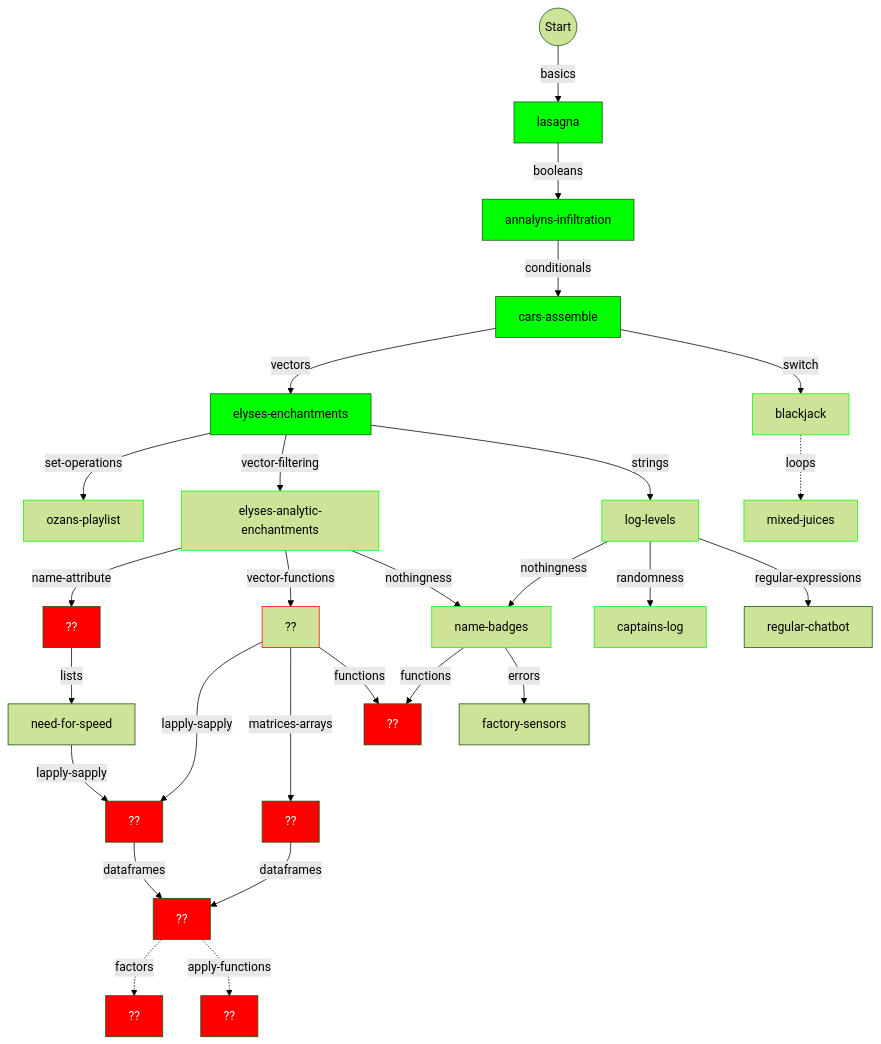
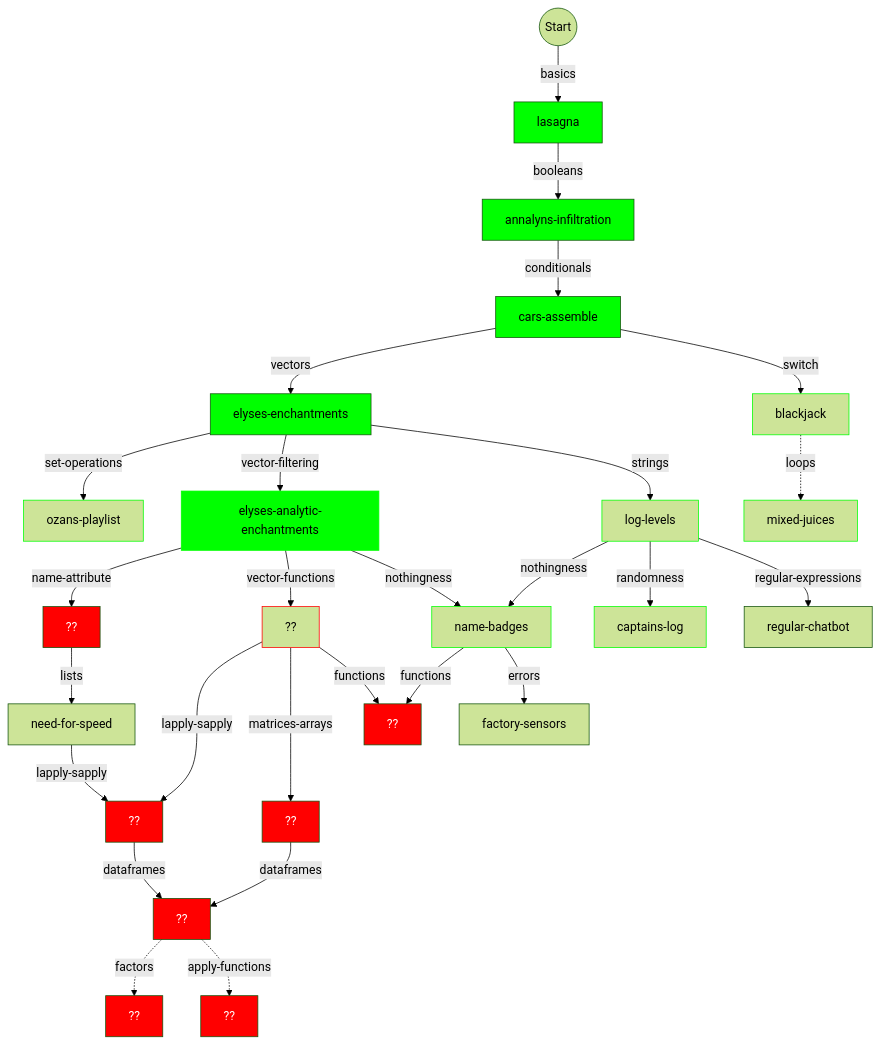
Before and after one commit to colinleach/learning-track-doodles: the first of 2 diagrams in r/flowchart.md, drawn with Mermaid (forest theme). The commit also changed 23 other files, not shown here.

````diff
--- a/r/flowchart.md
+++ b/r/flowchart.md
@@ -13,74 +13,74 @@
 ```mermaid
 graph TD
     
 start(("Start")) --basics--> basics["lasagna"]
 style basics fill:#0f0
 
 basics --booleans--> booleans["annalyns-infiltration"]
 style booleans fill:#0f0
 
 booleans --conditionals--> conditionals["cars-assemble"]
 style conditionals fill:#0f0
 
 conditionals --vectors--> vectors["elyses-enchantments"]
 style vectors fill:#0f0
 
 switch -.loops.-> loops["mixed-juices"]
 style loops stroke:#0f0
 
 conditionals --switch--> switch["blackjack"]
 style switch stroke:#0f0
 
 vectors --set-operations--> set-operations["ozans-playlist"]
 style set-operations stroke:#0f0
 
 name-attribute --lists--> lists["need-for-speed"]
 
 vectors --vector-filtering--> vector-filtering["elyses-analytic-enchantments"]
-style vector-filtering stroke:#0f0
+style vector-filtering fill:#0f0
 
 vector-filtering --name-attribute--> name-attribute["??"]
 style name-attribute fill:#f00,color:#fff
 
 vector-filtering --vector-functions--> vector-functions["??"]
 style vector-functions stroke:#f00
 
 vector-filtering --nothingness--> nothingness["name-badges"]
 style vector-filtering stroke:#0f0
 
 vectors --strings--> strings["log-levels"]
 style strings stroke:#0f0
 
 strings --nothingness--> nothingness["name-badges"]
 style nothingness stroke:#0f0
 
 strings --randomness--> randomness["captains-log"]
 style randomness stroke:#0f0
 
 strings --regular-expressions--> regular-expressions["regular-chatbot"]
 
 lists --lapply-sapply--> lapply-sapply["??"]
 vector-functions --lapply-sapply--> lapply-sapply["??"]
 style lapply-sapply fill:#f00,color:#fff
 
 vector-functions --matrices-arrays--> matrices-arrays["??"]
 style matrices-arrays fill:#f00,color:#fff
 
 style apply-functions fill:#f00,color:#fff
 
 lapply-sapply --dataframes--> dataframes["??"]
 style dataframes fill:#f00,color:#fff
 
 matrices-arrays --dataframes--> dataframes
 dataframes -.factors.-> factors["??"]
 style factors fill:#f00,color:#fff
 
 dataframes -.apply-functions.-> apply-functions["??"]
 
 vector-functions --functions--> functions["??"]
 nothingness --functions--> functions["??"]
 style functions fill:#f00,color:#fff
 
 nothingness --errors--> errors["factory-sensors "]
 
 ```
````
